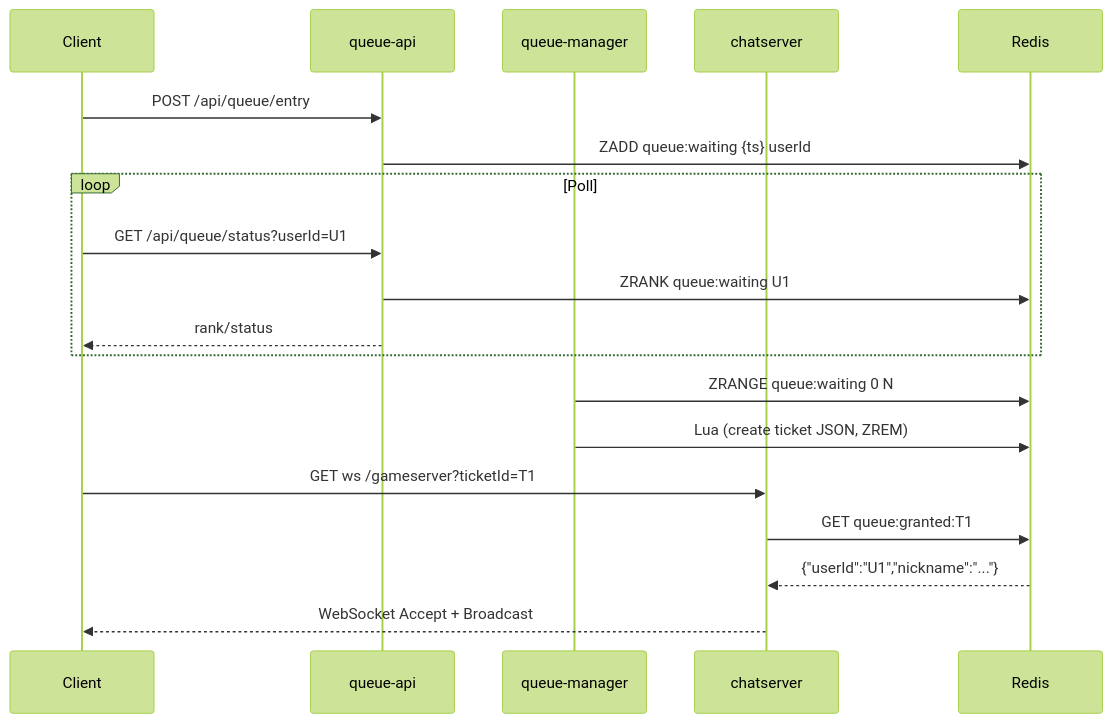
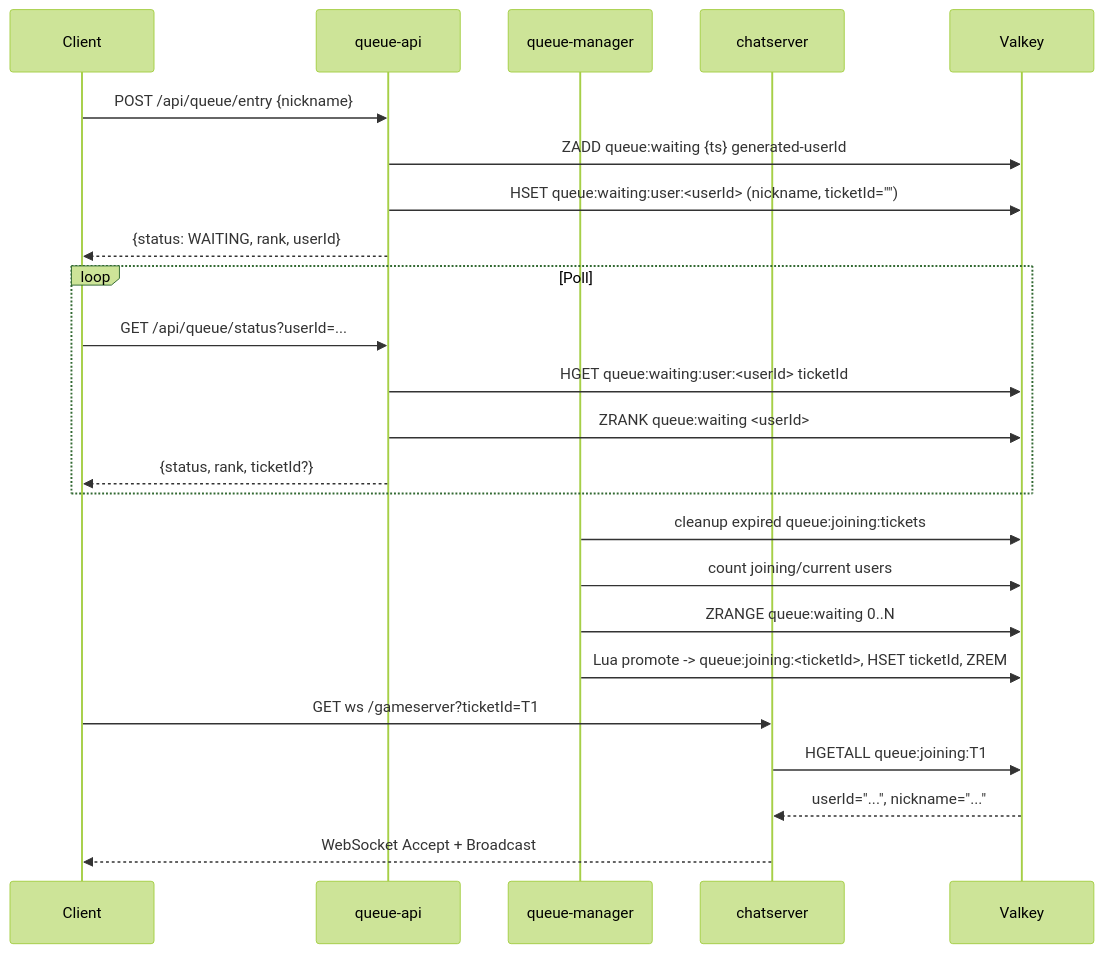
Before and after one commit to likelion-cloud-423/queue-server: the second of 2 diagrams in spec.md, drawn with Mermaid (forest theme). The commit also changed other lines of this file and 62 other files, not shown here.

````diff
--- a/spec.md
+++ b/spec.md
@@ -60,21 +48,26 @@
 ```mermaid
 sequenceDiagram
         participant Client
         participant API as queue-api
         participant Manager as queue-manager
         participant Game as chatserver
-        participant Redis
-        Client->>API: POST /api/queue/entry
-        API->>Redis: ZADD queue:waiting {ts} userId
+        participant Valkey
+        Client->>API: POST /api/queue/entry {nickname}
+        API->>Valkey: ZADD queue:waiting {ts} generated-userId
+        API->>Valkey: HSET queue:waiting:user:<userId> (nickname, ticketId="")
+        API-->>Client: {status: WAITING, rank, userId}
         loop Poll
-                Client->>API: GET /api/queue/status?userId=U1
-                API->>Redis: ZRANK queue:waiting U1
-                API-->>Client: rank/status
+                Client->>API: GET /api/queue/status?userId=...
+                API->>Valkey: HGET queue:waiting:user:<userId> ticketId
+                API->>Valkey: ZRANK queue:waiting <userId>
+                API-->>Client: {status, rank, ticketId?}
         end
-        Manager->>Redis: ZRANGE queue:waiting 0 N
-        Manager->>Redis: Lua (create ticket JSON, ZREM)
+        Manager->>Valkey: cleanup expired queue:joining:tickets
+        Manager->>Valkey: count joining/current users
+        Manager->>Valkey: ZRANGE queue:waiting 0..N
+        Manager->>Valkey: Lua promote -> queue:joining:<ticketId>, HSET ticketId, ZREM
         Client->>Game: GET ws /gameserver?ticketId=T1
-        Game->>Redis: GET queue:granted:T1
-        Redis-->>Game: {"userId":"U1","nickname":"..."}
+        Game->>Valkey: HGETALL queue:joining:T1
+        Valkey-->>Game: userId="...", nickname="..."
         Game-->>Client: WebSocket Accept + Broadcast
 ```
````
